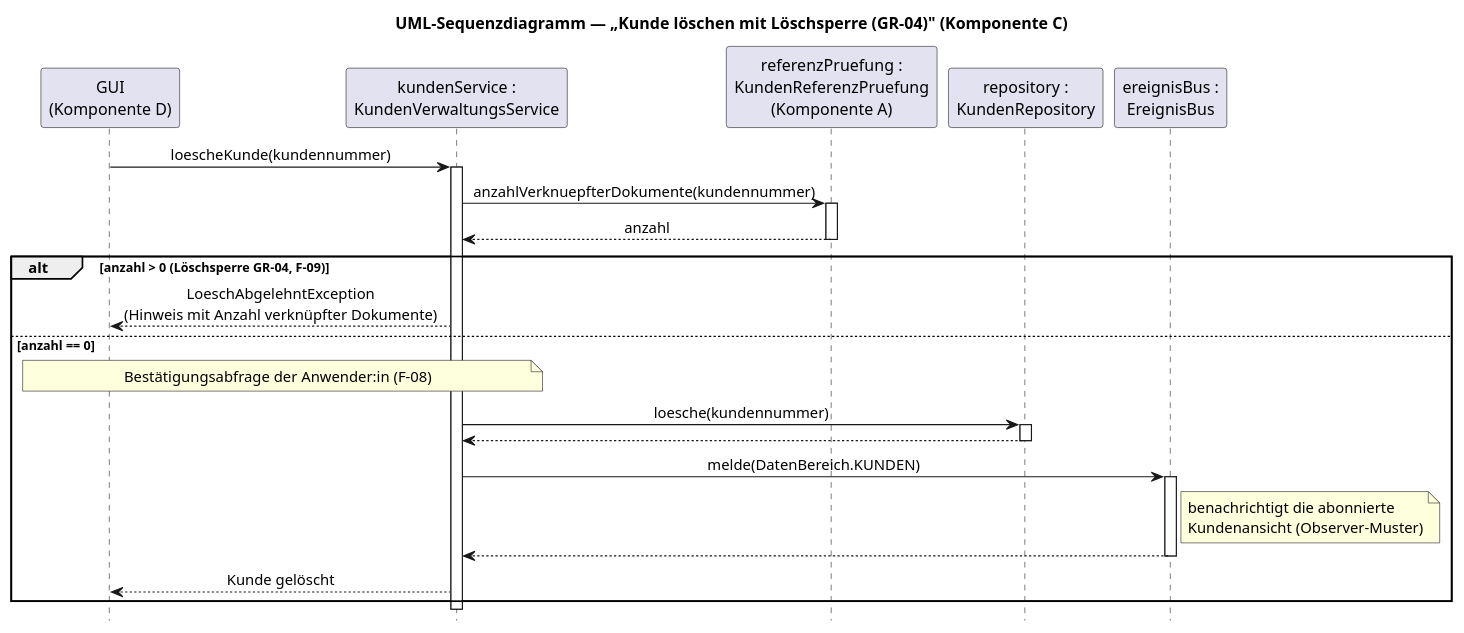
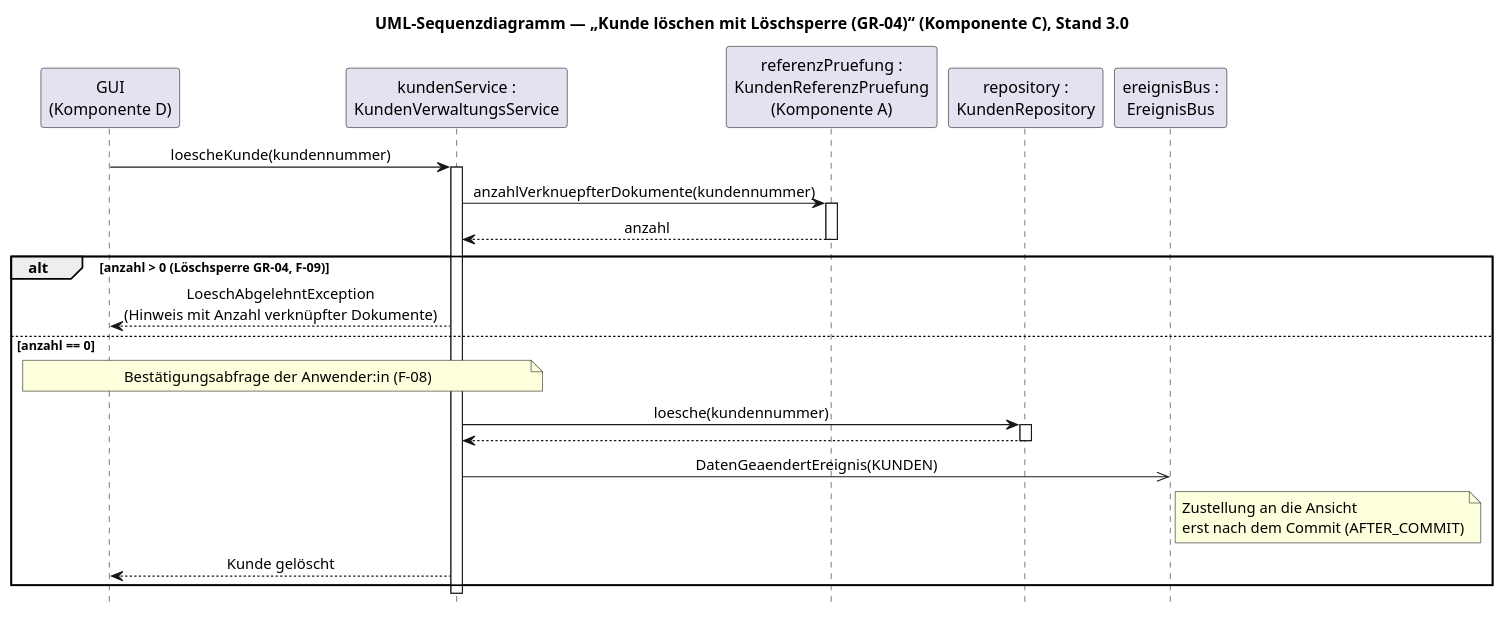
The diagram in dokumentation/diagramme/sequenz_kunde_loeschen.puml (lucasstrubel/faktura), drawn with PlantUML before and after one commit. The commit also changed 39 other files, not shown here.

```diff
--- a/dokumentation/diagramme/sequenz_kunde_loeschen.puml
+++ b/dokumentation/diagramme/sequenz_kunde_loeschen.puml
@@ -1,43 +1,40 @@
 @startuml sequenz_kunde_loeschen
 ' UML-Sequenzdiagramm "Kunde löschen mit Löschsperre (GR-04)" (Pflichtenheft Teil C, Abschnitt 7.2)
 ' Ablauf gemäß KundenVerwaltungsService.loescheKunde(kundennummer).
 
 skinparam shadowing false
 skinparam sequenceMessageAlign center
 hide footbox
 
-title UML-Sequenzdiagramm — „Kunde löschen mit Löschsperre (GR-04)" (Komponente C)
+title UML-Sequenzdiagramm — „Kunde löschen mit Löschsperre (GR-04)“ (Komponente C), Stand 3.0
 
 participant "GUI\n(Komponente D)" as GUI
 participant "kundenService :\nKundenVerwaltungsService" as KVS
 participant "referenzPruefung :\nKundenReferenzPruefung\n(Komponente A)" as RP
 participant "repository :\nKundenRepository" as REPO
 participant "ereignisBus :\nEreignisBus" as EB
 
 GUI -> KVS : loescheKunde(kundennummer)
 activate KVS
 
 KVS -> RP : anzahlVerknuepfterDokumente(kundennummer)
 activate RP
 RP --> KVS : anzahl
 deactivate RP
 
 alt anzahl > 0 (Löschsperre GR-04, F-09)
   KVS --> GUI : LoeschAbgelehntException\n(Hinweis mit Anzahl verknüpfter Dokumente)
 else anzahl == 0
   note over GUI, KVS : Bestätigungsabfrage der Anwender:in (F-08)
   KVS -> REPO : loesche(kundennummer)
   activate REPO
   REPO --> KVS
   deactivate REPO
-  KVS -> EB : melde(DatenBereich.KUNDEN)
-  activate EB
-  note right of EB : benachrichtigt die abonnierte\nKundenansicht (Observer-Muster)
-  EB --> KVS
-  deactivate EB
+  KVS ->> EB : DatenGeaendertEreignis(KUNDEN)
+  note right of EB : Zustellung an die Ansicht\nerst nach dem Commit (AFTER_COMMIT)
   KVS --> GUI : Kunde gelöscht
 end
 
 deactivate KVS
 
 @enduml
```
